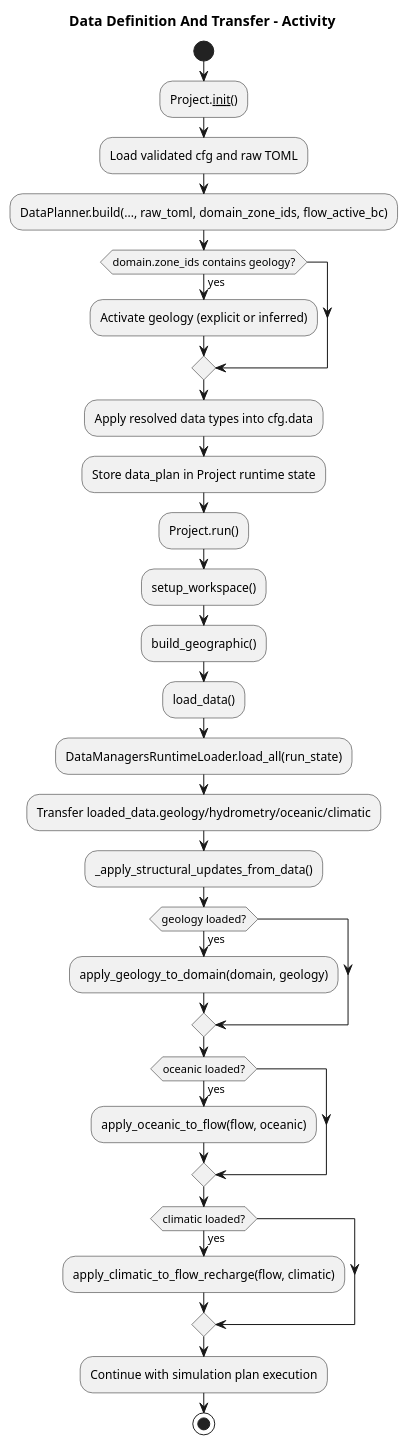
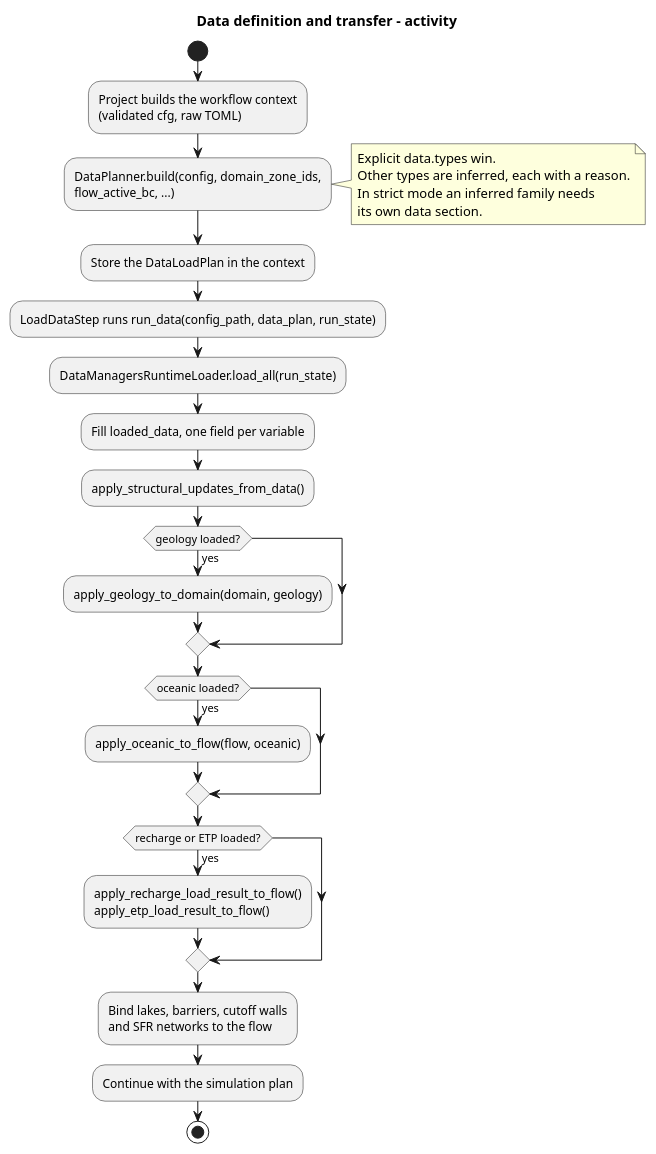
One commit to HydroModPy/HydroModPy changed the diagram in docs/source/contribute/architecture/data_loading/diagrams/data_definition_transfer_activity.wsd. Above: the diagram before and after it, drawn with PlantUML. The commit also changed 636 other files, not shown here.

```diff
--- a/docs/source/contribute/architecture/data_loading/diagrams/data_definition_transfer_activity.wsd
+++ b/docs/source/contribute/architecture/data_loading/diagrams/data_definition_transfer_activity.wsd
@@ -1,37 +1,35 @@
 @startuml
-title Data Definition And Transfer - Activity
+title Data definition and transfer - activity
 
 start
 
-:Project.__init__();
-:Load validated cfg and raw TOML;
+:Project builds the workflow context\n(validated cfg, raw TOML);
 
-:DataPlanner.build(..., raw_toml, domain_zone_ids, flow_active_bc);
-if (domain.zone_ids contains geology?) then (yes)
-  :Activate geology (explicit or inferred);
-endif
-:Apply resolved data types into cfg.data;
-:Store data_plan in Project runtime state;
+:DataPlanner.build(config, domain_zone_ids,\nflow_active_bc, ...);
+note right
+  Explicit data.types win.
+  Other types are inferred, each with a reason.
+  In strict mode an inferred family needs
+  its own data section.
+end note
+:Store the DataLoadPlan in the context;
 
-:Project.run();
-:setup_workspace();
-:build_geographic();
+:LoadDataStep runs run_data(config_path, data_plan, run_state);
+:DataManagersRuntimeLoader.load_all(run_state);
+:Fill loaded_data, one field per variable;
 
-:load_data();
-:DataManagersRuntimeLoader.load_all(run_state);
-:Transfer loaded_data.geology/hydrometry/oceanic/climatic;
-
-:_apply_structural_updates_from_data();
+:apply_structural_updates_from_data();
 if (geology loaded?) then (yes)
   :apply_geology_to_domain(domain, geology);
 endif
 if (oceanic loaded?) then (yes)
   :apply_oceanic_to_flow(flow, oceanic);
 endif
-if (climatic loaded?) then (yes)
-  :apply_climatic_to_flow_recharge(flow, climatic);
+if (recharge or ETP loaded?) then (yes)
+  :apply_recharge_load_result_to_flow()\napply_etp_load_result_to_flow();
 endif
+:Bind lakes, barriers, cutoff walls\nand SFR networks to the flow;
 
-:Continue with simulation plan execution;
+:Continue with the simulation plan;
 stop
 @enduml
```
